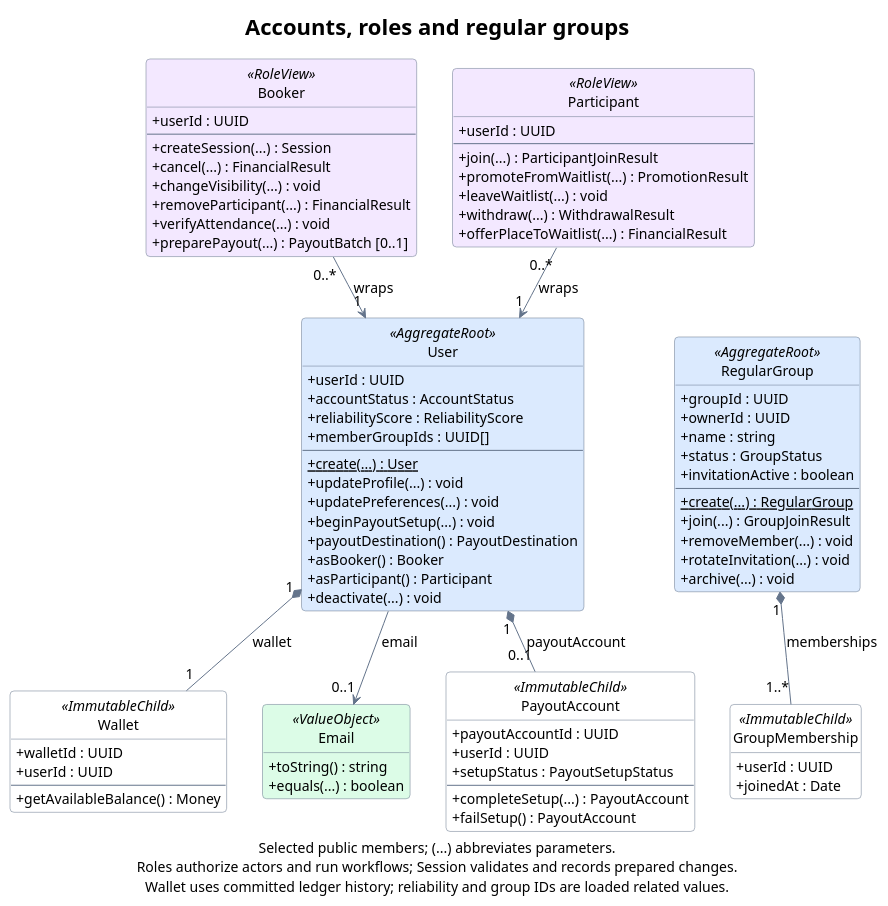
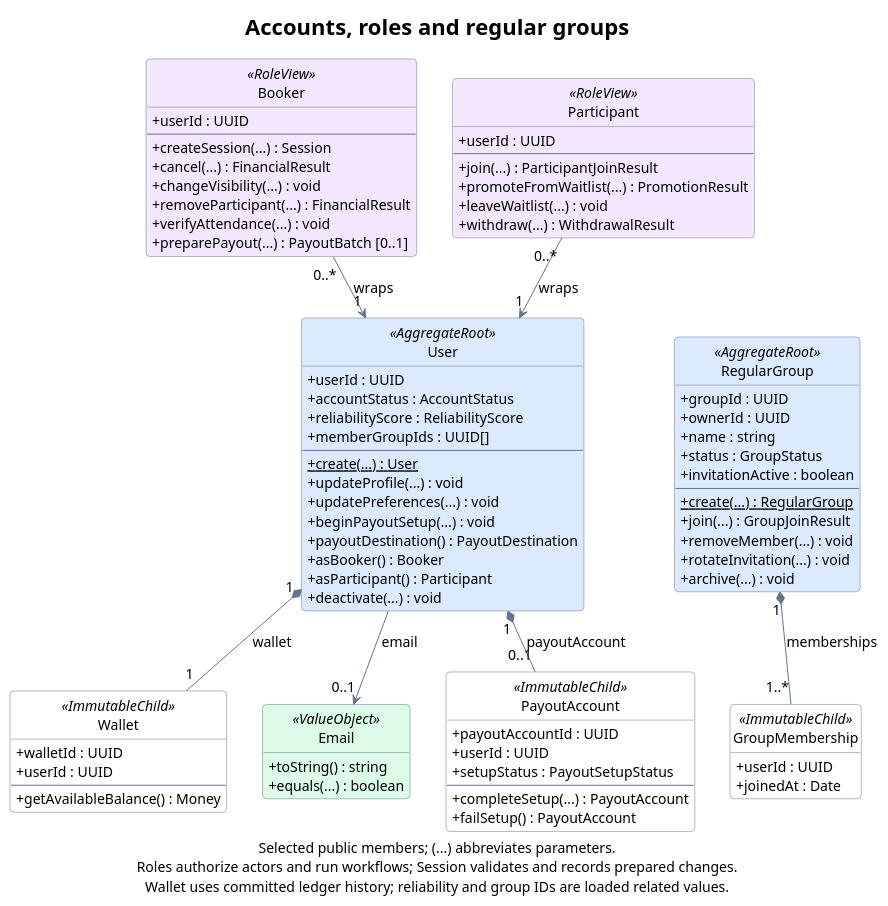
The diagram in docs/diagrams/domain-accounts.puml (rbrishi15/booking-web-manager), drawn with PlantUML before and after one commit. The commit also changed 23 other files, not shown here.

```diff
--- a/docs/diagrams/domain-accounts.puml
+++ b/docs/diagrams/domain-accounts.puml
@@ -1,113 +1,112 @@
 @startuml domain-accounts
 title Accounts, roles and regular groups
 
 top to bottom direction
 hide empty members
 hide circle
 skinparam backgroundColor #FFFFFF
 skinparam shadowing false
 skinparam roundcorner 8
 skinparam defaultFontName SansSerif
 skinparam defaultFontSize 14
 skinparam titleFontSize 22
 skinparam ArrowColor #64748B
 skinparam classBorderColor #64748B
 skinparam classBackgroundColor #FFFFFF
 skinparam classBackgroundColor<<AggregateRoot>> #DBEAFE
 skinparam classBackgroundColor<<ValueObject>> #DCFCE7
 skinparam classBackgroundColor<<RoleView>> #F3E8FF
 skinparam classAttributeIconSize 0
 skinparam linetype polyline
 skinparam nodesep 35
 skinparam ranksep 40
 
 class Booker <<RoleView>> {
   +userId : UUID
   --
   +createSession(...) : Session
   +cancel(...) : FinancialResult
   +changeVisibility(...) : void
   +removeParticipant(...) : FinancialResult
   +verifyAttendance(...) : void
   +preparePayout(...) : PayoutBatch [0..1]
 }
 
 class Participant <<RoleView>> {
   +userId : UUID
   --
   +join(...) : ParticipantJoinResult
   +promoteFromWaitlist(...) : PromotionResult
   +leaveWaitlist(...) : void
   +withdraw(...) : WithdrawalResult
-  +offerPlaceToWaitlist(...) : FinancialResult
 }
 
 class User <<AggregateRoot>> {
   +userId : UUID
   +accountStatus : AccountStatus
   +reliabilityScore : ReliabilityScore
   +memberGroupIds : UUID[]
   --
   {static} +create(...) : User
   +updateProfile(...) : void
   +updatePreferences(...) : void
   +beginPayoutSetup(...) : void
   +payoutDestination() : PayoutDestination
   +asBooker() : Booker
   +asParticipant() : Participant
   +deactivate(...) : void
 }
 
 class Wallet <<ImmutableChild>> {
   +walletId : UUID
   +userId : UUID
   --
   +getAvailableBalance() : Money
 }
 
 class Email <<ValueObject>> {
   +toString() : string
   +equals(...) : boolean
 }
 
 class PayoutAccount <<ImmutableChild>> {
   +payoutAccountId : UUID
   +userId : UUID
   +setupStatus : PayoutSetupStatus
   --
   +completeSetup(...) : PayoutAccount
   +failSetup() : PayoutAccount
 }
 
 class RegularGroup <<AggregateRoot>> {
   +groupId : UUID
   +ownerId : UUID
   +name : string
   +status : GroupStatus
   +invitationActive : boolean
   --
   {static} +create(...) : RegularGroup
   +join(...) : GroupJoinResult
   +removeMember(...) : void
   +rotateInvitation(...) : void
   +archive(...) : void
 }
 
 class GroupMembership <<ImmutableChild>> {
   +userId : UUID
   +joinedAt : Date
 }
 
 Booker "0..*" -down-> "1" User : wraps
 Participant "0..*" -down-> "1" User : wraps
 User "1" *-down- "1" Wallet : wallet
 User "1" *-down- "0..1" PayoutAccount : payoutAccount
 User -down-> "0..1" Email : email
 RegularGroup "1" *-down- "1..*" GroupMembership : memberships
 
 User -[hidden]right- RegularGroup
 Wallet -[hidden]right- Email
 Email -[hidden]right- PayoutAccount
 
 caption Selected public members; (...) abbreviates parameters.\nRoles authorize actors and run workflows; Session validates and records prepared changes.\nWallet uses committed ledger history; reliability and group IDs are loaded related values.
 @enduml
```
